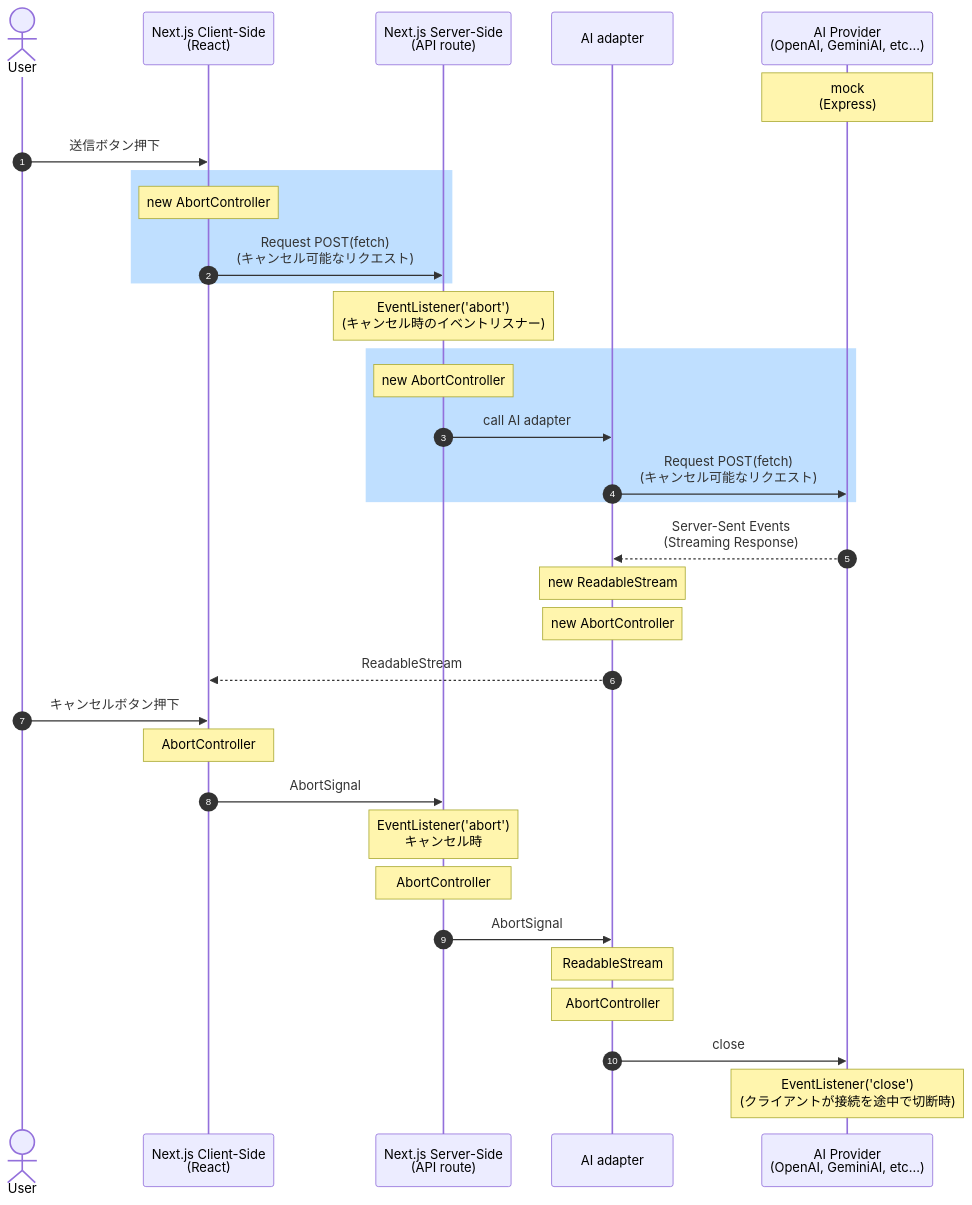
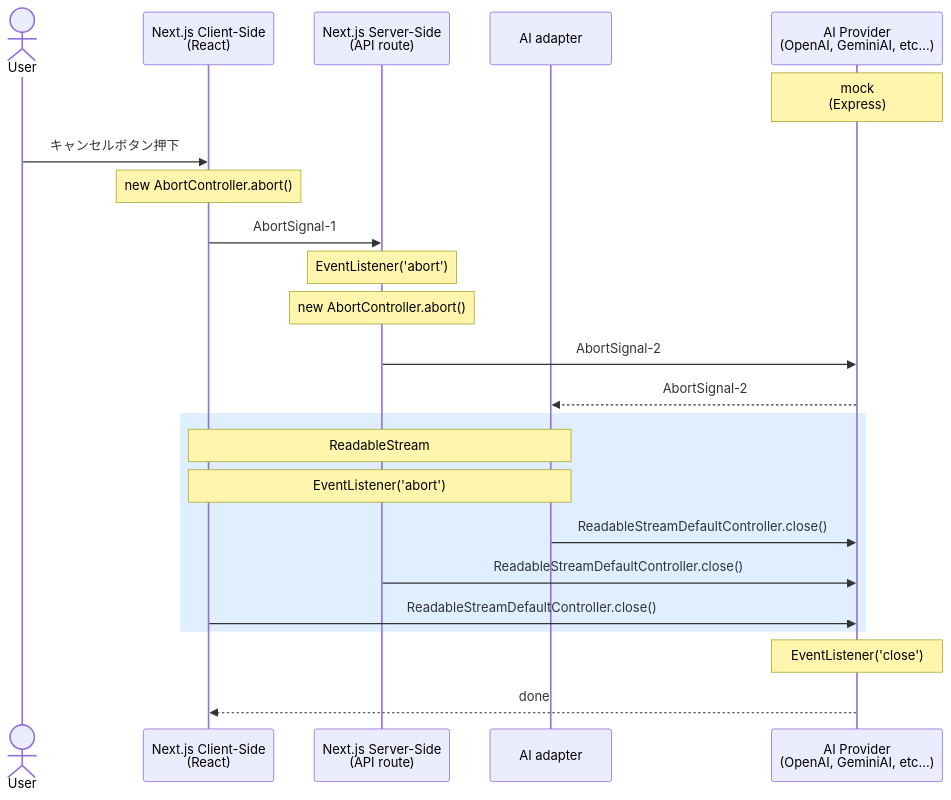
Before and after one commit to sudo-yoko/portfolio-nextjs: the diagram in _docs/chat/memo.md, drawn with Mermaid.

````diff
--- a/_docs/chat/memo.md
+++ b/_docs/chat/memo.md
@@ -1,45 +1,33 @@
  ```mermaid
 
 sequenceDiagram
-autonumber
 actor U as User
 participant C as Next.js Client-Side<br>(React)
 participant S as Next.js Server-Side<br>(API route)
 participant AD as AI adapter
 participant A as AI Provider<br>(OpenAI, GeminiAI, etc...)
 Note over A: mock<br>(Express)
 
-U->>C: 送信ボタン押下
+U->>C: キャンセルボタン押下
+Note over C: new AbortController.abort()
 
-rect rgb(191, 223, 255)
-  Note over C: new AbortController
-  C->>S: Request POST(fetch)<br>(キャンセル可能なリクエスト)  
+C->>S: AbortSignal-1
+Note over S: EventListener('abort')
+Note over S: new AbortController.abort()
+
+S->>A: AbortSignal-2
+A-->>AD: AbortSignal-2
+
+rect rgb(223, 239, 255)
+Note over C,AD: ReadableStream
+Note over C,AD: EventListener('abort')
+
+AD->>A: ReadableStreamDefaultController.close()
+S->>A: ReadableStreamDefaultController.close()
+C->>A: ReadableStreamDefaultController.close()
 end
 
-Note over S: EventListener('abort')<br>(キャンセル時のイベントリスナー)
-
-rect rgb(191, 223, 255)
-  Note over S: new AbortController
-  S->>AD: call AI adapter
-  AD->>A: Request POST(fetch)<br>(キャンセル可能なリクエスト) 
-end
-
-A-->>AD: Server-Sent Events<br>(Streaming Response)
-
-Note over AD: new ReadableStream
-Note over AD: new AbortController
-AD-->>C: ReadableStream
-
-U->>C: キャンセルボタン押下
-Note over C: AbortController
-C->>S: AbortSignal
-Note over S: EventListener('abort')<br>キャンセル時
-Note over S: AbortController
-S->>AD: AbortSignal
-Note over AD: ReadableStream
-Note over AD: AbortController
-AD->>A: close
-Note over A: EventListener('close')<br>(クライアントが接続を途中で切断時)
-
+Note over A: EventListener('close')
+A-->>C: done
 
  ```
````
